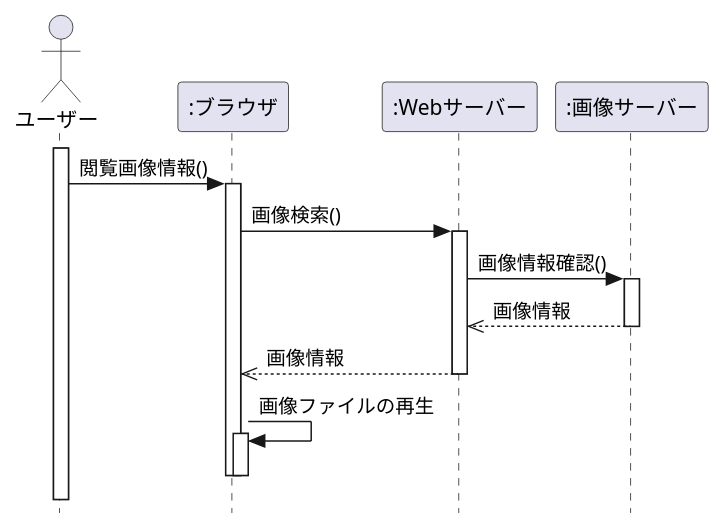
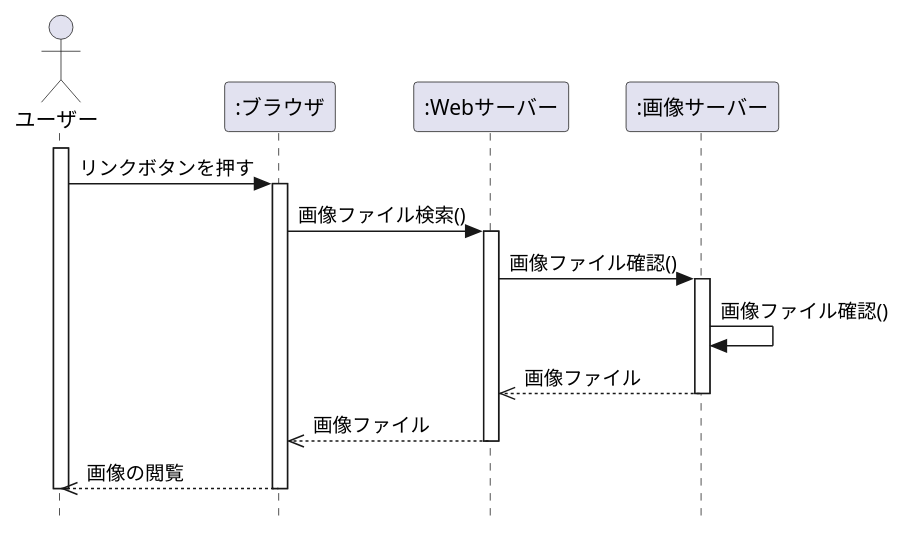
Before and after one commit to YumaSatou/uml-introduction: the diagram in 演習4-6_SD_Web画像検索.pu, drawn with PlantUML.

Commit message:
演習4-6

```diff
--- a/演習4-6_SD_Web画像検索.pu
+++ b/演習4-6_SD_Web画像検索.pu
@@ -1,27 +1,27 @@
 @startuml Web画像検索
 hide footbox
 skinparam style strictuml
 Actor ユーザー as user
 participant ":ブラウザ" as browser
 participant ":Webサーバー" as web
 participant ":画像サーバー" as server
 
 activate user
-user -> browser : 閲覧画像情報()
+user -> browser : リンクボタンを押す
 activate browser
-browser -> web : 画像検索()
+browser -> web : 画像ファイル検索()
 activate web
-web -> server : 画像情報確認()
+web -> server : 画像ファイル確認()
 activate server
-server -->> web : 画像情報
+server -> server : 画像ファイル確認()
+server -->> web : 画像ファイル
 deactivate server
 
-web -->> browser : 画像情報
+web -->> browser : 画像ファイル
 deactivate web
-
-browser -> browser : 画像ファイルの再生
-activate browser
-deactivate browser
+browser -->> user : 画像の閲覧
 deactivate browser
 
+deactivate user
+
 @enduml
```
